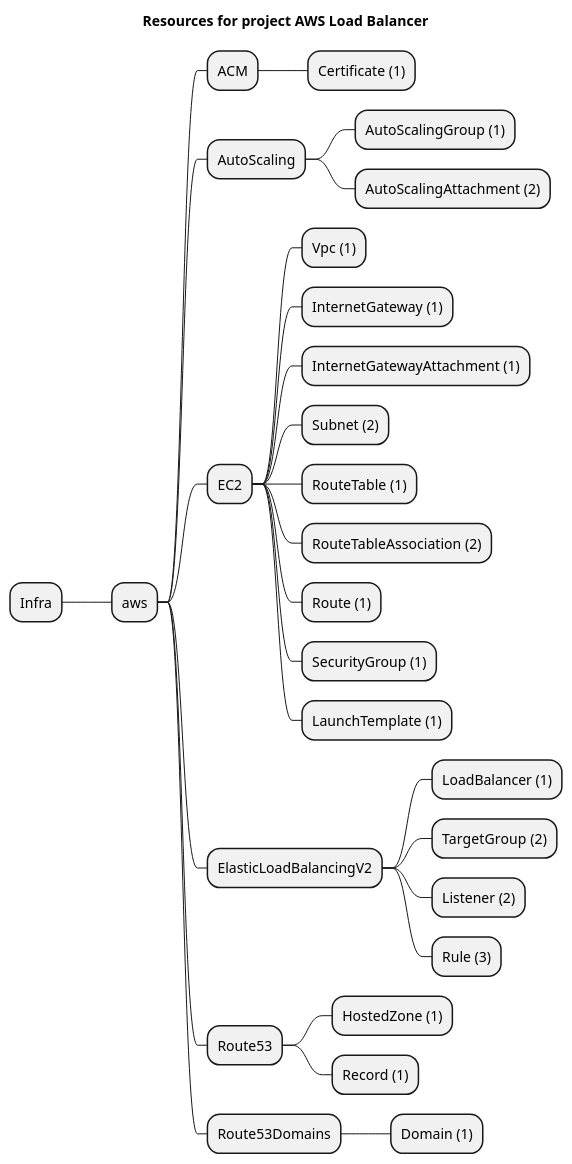
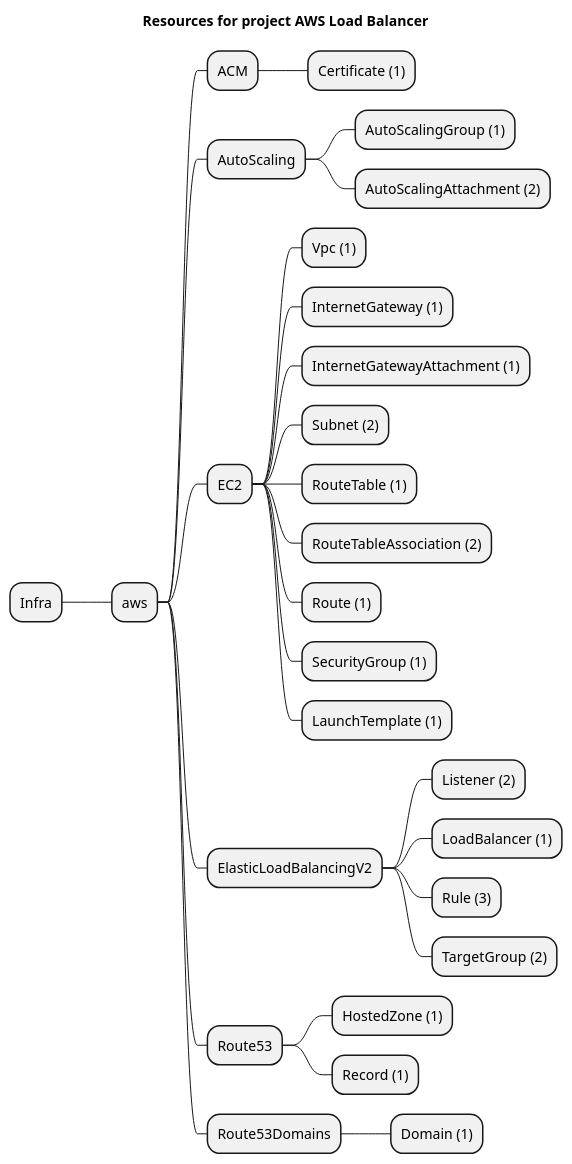
Before and after one commit to grucloud/grucloud: the diagram in examples/aws/ElasticLoadBalancingV2/load-balancer/artifacts/resources-mindmap.puml, drawn with PlantUML. The commit also changed other lines of this file and 2 other files, not shown here.

```diff
--- a/examples/aws/ElasticLoadBalancingV2/load-balancer/artifacts/resources-mindmap.puml
+++ b/examples/aws/ElasticLoadBalancingV2/load-balancer/artifacts/resources-mindmap.puml
@@ -1,31 +1,31 @@
 @startmindmap
 title Resources for project AWS Load Balancer
 skinparam monochrome true
 + Infra
 ++ aws
 +++ ACM
 ++++ Certificate (1)
 +++ AutoScaling
 ++++ AutoScalingGroup (1)
 ++++ AutoScalingAttachment (2)
 +++ EC2
 ++++ Vpc (1)
 ++++ InternetGateway (1)
 ++++ InternetGatewayAttachment (1)
 ++++ Subnet (2)
 ++++ RouteTable (1)
 ++++ RouteTableAssociation (2)
 ++++ Route (1)
 ++++ SecurityGroup (1)
 ++++ LaunchTemplate (1)
 +++ ElasticLoadBalancingV2
+++++ Listener (2)
 ++++ LoadBalancer (1)
+++++ Rule (3)
 ++++ TargetGroup (2)
-++++ Listener (2)
-++++ Rule (3)
 +++ Route53
 ++++ HostedZone (1)
 ++++ Record (1)
 +++ Route53Domains
 ++++ Domain (1)
 @endmindmap
```
